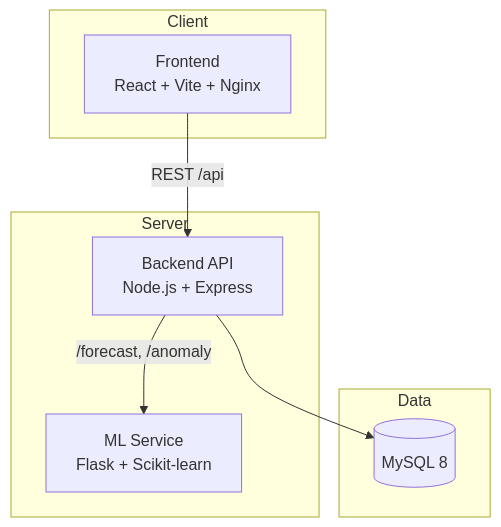
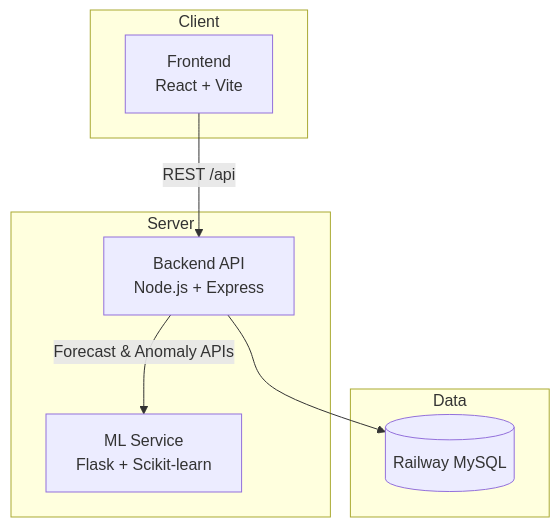
Before and after one commit to IshaanSaxena2005/SpendWise-Pro: the diagram in README.md, drawn with Mermaid. The commit also changed other lines of this file, not shown here.

````diff
--- a/README.md
+++ b/README.md
@@ -92,19 +91,19 @@
 ```mermaid
 flowchart TB
     subgraph Client
-        FE["Frontend<br/>React + Vite + Nginx"]
+        FE["Frontend<br/>React + Vite"]
     end
 
     subgraph Server
         BE["Backend API<br/>Node.js + Express"]
         ML["ML Service<br/>Flask + Scikit-learn"]
     end
 
     subgraph Data
-        DB[("MySQL 8")]
+        DB[("Railway MySQL")]
     end
 
     FE -->|REST /api| BE
     BE --> DB
-    BE -->|/forecast, /anomaly| ML
+    BE -->|Forecast & Anomaly APIs| ML
 ```
````
